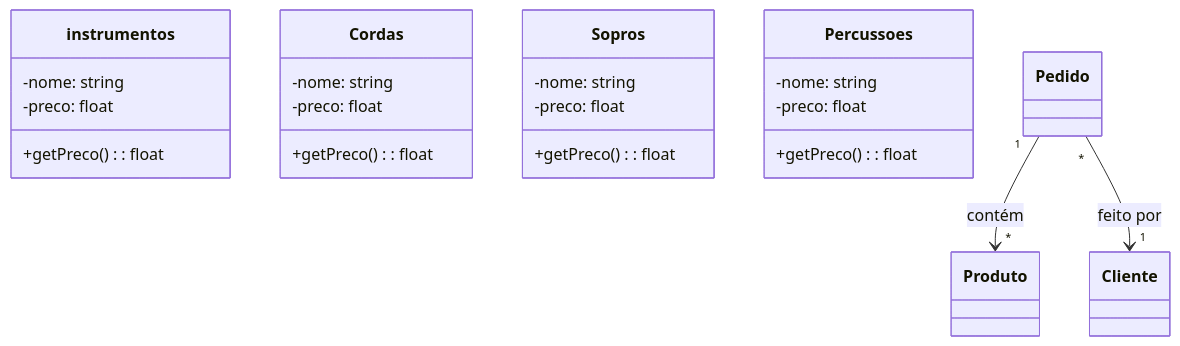
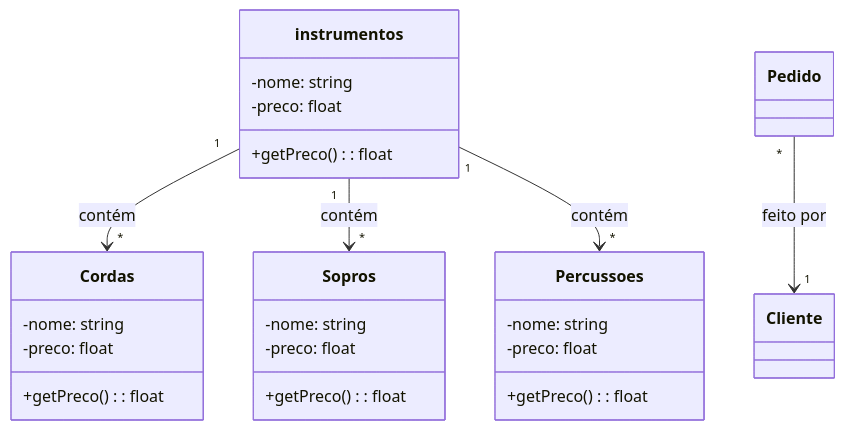
Before and after one commit to LucasGabrielPaes/teste: the diagram in README.md, drawn with Mermaid.

````diff
--- a/README.md
+++ b/README.md
@@ -1,29 +1,31 @@
 ```mermaid
 classDiagram
   class instrumentos {
      -nome: string
     -preco: float
     +getPreco(): float
   }
 
   class Cordas {
    -nome: string
     -preco: float
     +getPreco(): float
 }
 
  class Sopros {
    -nome: string
     -preco: float
     +getPreco(): float
 }
 
  class Percussoes {
    -nome: string
     -preco: float
     +getPreco(): float
 }
 
-Pedido "1" --> "*" Produto : contém
+instrumentos "1" --> "*" Cordas : contém
+instrumentos "1" --> "*" Sopros : contém
+instrumentos "1" --> "*" Percussoes : contém
   Pedido "*" --> "1" Cliente : feito por
 ```
````
